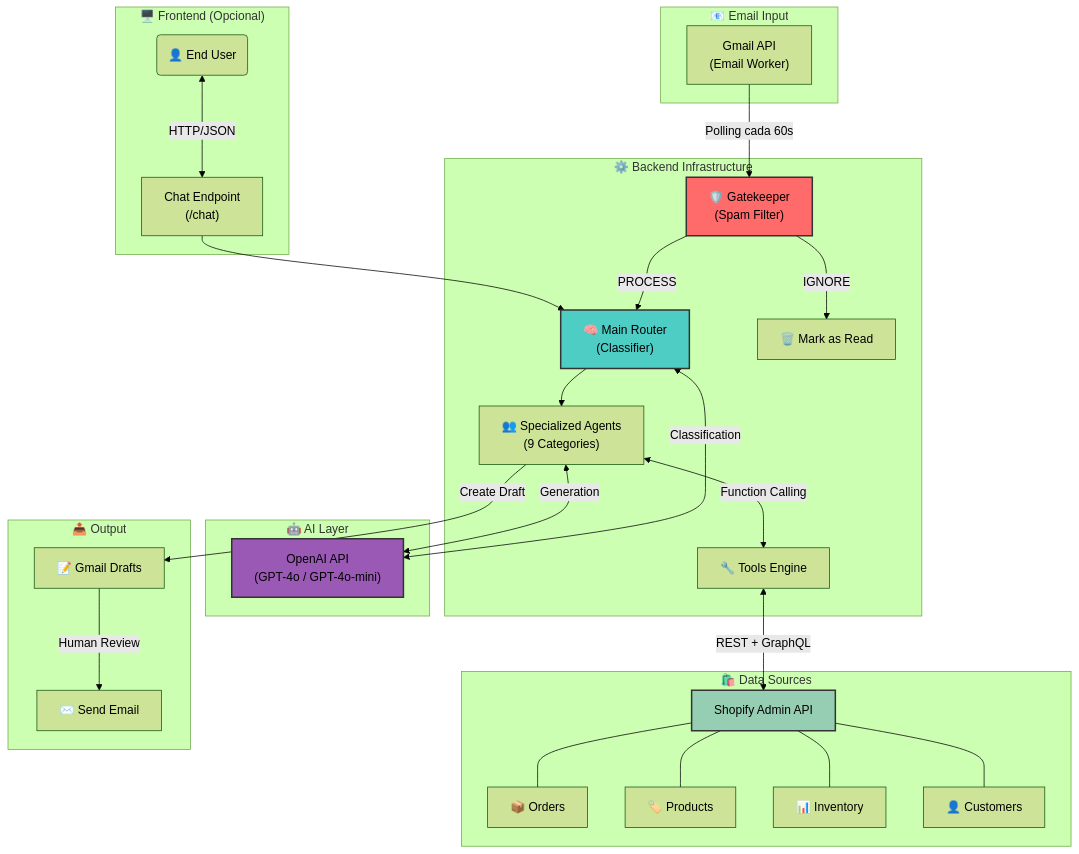
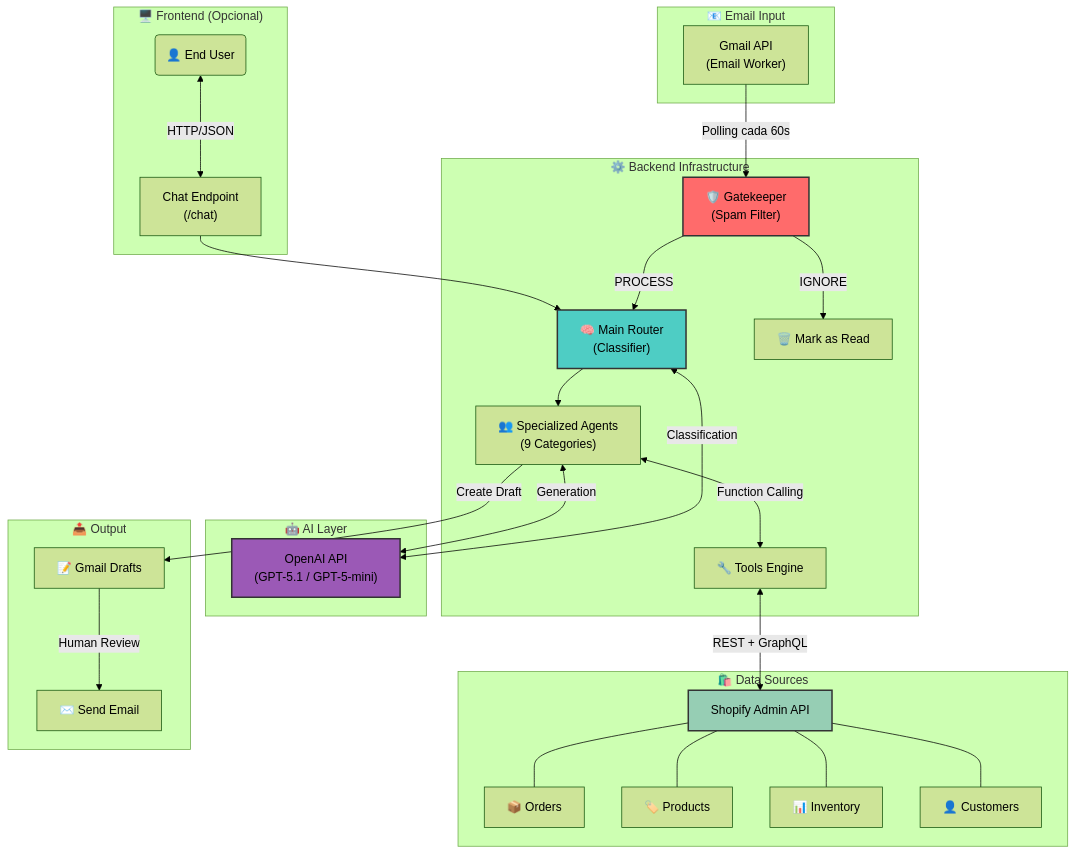
One commit to hitthecodelabs/AI-Customer-Support-Agent changed the first of 5 diagrams in README.md. Above: the diagram before and after it, drawn with Mermaid (forest theme). The commit also changed other lines of this file, not shown here.

Commit message:
Update OpenAI API version references in README

````diff
--- a/README.md
+++ b/README.md
@@ -76,43 +76,43 @@
 ```mermaid
 graph TB
     subgraph "📧 Email Input"
         Gmail["Gmail API<br/>(Email Worker)"]
     end
 
     subgraph "🖥️ Frontend (Opcional)"
         User("👤 End User") <-->|HTTP/JSON| Chat["Chat Endpoint<br/>(/chat)"]
     end
 
     subgraph "⚙️ Backend Infrastructure"
         Gmail -->|Polling cada 60s| Security["🛡️ Gatekeeper<br/>(Spam Filter)"]
         Security -->|PROCESS| Router["🧠 Main Router<br/>(Classifier)"]
         Security -->|IGNORE| Trash["🗑️ Mark as Read"]
         Chat --> Router
         
         Router --> Agents["👥 Specialized Agents<br/>(9 Categories)"]
         Agents <-->|Function Calling| Tools["🔧 Tools Engine"]
     end
 
     subgraph "🤖 AI Layer"
-        Router <-->|Classification| OpenAI["OpenAI API<br/>(GPT-4o / GPT-4o-mini)"]
+        Router <-->|Classification| OpenAI["OpenAI API<br/>(GPT-5.1 / GPT-5-mini)"]
         Agents <-->|Generation| OpenAI
     end
 
     subgraph "🛍️ Data Sources"
         Tools <-->|REST + GraphQL| Shopify["Shopify Admin API"]
         Shopify --- Orders["📦 Orders"]
         Shopify --- Products["🏷️ Products"]
         Shopify --- Inventory["📊 Inventory"]
         Shopify --- Customers["👤 Customers"]
     end
 
     subgraph "📤 Output"
         Agents -->|Create Draft| Drafts["📝 Gmail Drafts"]
         Drafts -->|Human Review| Send["✉️ Send Email"]
     end
 
     style Security fill:#ff6b6b,stroke:#333,stroke-width:2px
     style Router fill:#4ecdc4,stroke:#333,stroke-width:2px
     style OpenAI fill:#9b59b6,stroke:#333,stroke-width:2px
     style Shopify fill:#96ceb4,stroke:#333,stroke-width:2px
 ```
````
